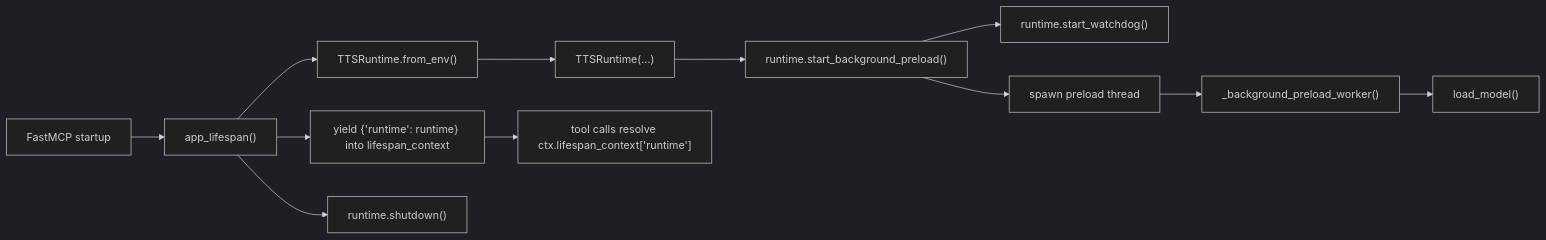
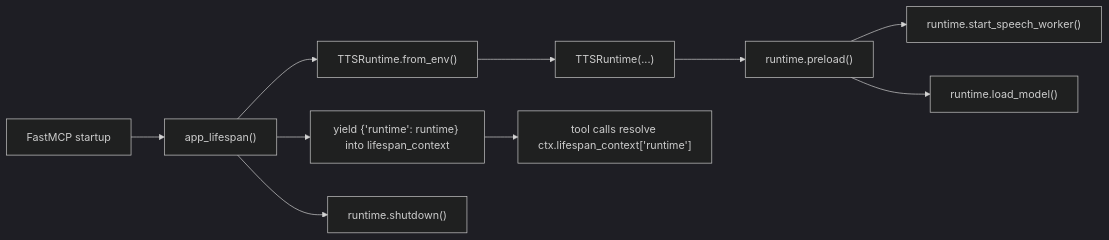
One commit to gaelic-ghost/speak-to-user changed the first of 5 diagrams in WORKFLOWS.md. Above: the diagram before and after it, drawn with Mermaid (dark theme). The commit also changed other lines of this file and 4 other files, not shown here.

````diff
--- a/WORKFLOWS.md
+++ b/WORKFLOWS.md
@@ -7,14 +7,12 @@
 ```mermaid
 flowchart LR
     A["FastMCP startup"] --> B["app_lifespan()"]
     B --> C["TTSRuntime.from_env()"]
     C --> D["TTSRuntime(...)"]
-    D --> E["runtime.start_background_preload()"]
-    E --> F["runtime.start_watchdog()"]
-    E --> H["spawn preload thread"]
-    H --> I["_background_preload_worker()"]
-    I --> J["load_model()"]
-    B --> K["yield {'runtime': runtime} into lifespan_context"]
-    K --> L["tool calls resolve ctx.lifespan_context['runtime']"]
-    B --> M["runtime.shutdown()"]
+    D --> E["runtime.preload()"]
+    E --> F["runtime.start_speech_worker()"]
+    E --> G["runtime.load_model()"]
+    B --> H["yield {'runtime': runtime} into lifespan_context"]
+    H --> I["tool calls resolve ctx.lifespan_context['runtime']"]
+    B --> J["runtime.shutdown()"]
 ```
````
